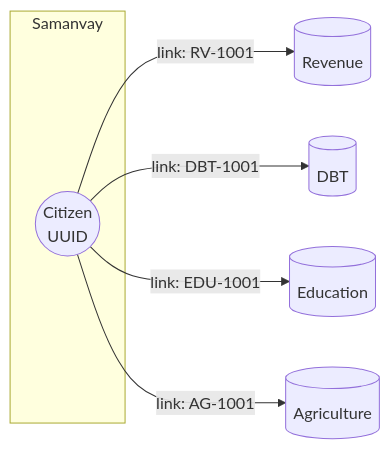
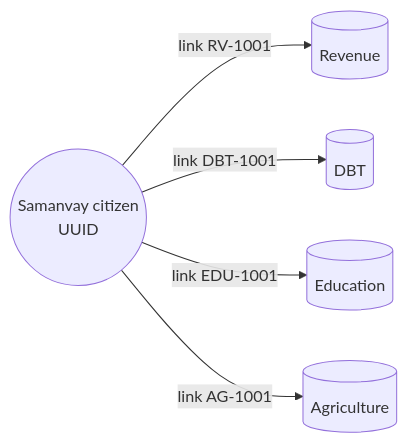
Before and after one commit to himanshu2394i/samanvay: the third of 6 diagrams in README.md, drawn with Mermaid. The commit also changed other lines of this file, not shown here.

Commit message:
README: focus on department portal assumptions, protocol security, citizen linking, onboarding, journeys dashboard and edges handled

````diff
--- a/README.md
+++ b/README.md
@@ -171,10 +206,7 @@
 ```mermaid
 flowchart LR
-  subgraph Samanvay
-    CZ((Citizen<br/>UUID))
-  end
-  CZ -- "link: RV-1001" --> RV[(Revenue)]
-  CZ -- "link: DBT-1001" --> DB[(DBT)]
-  CZ -- "link: EDU-1001" --> ED[(Education)]
-  CZ -- "link: AG-1001" --> AG[(Agriculture)]
+  CZ((Samanvay citizen<br/>UUID)) -- "link RV-1001" --> RV[(Revenue)]
+  CZ -- "link DBT-1001" --> DB[(DBT)]
+  CZ -- "link EDU-1001" --> ED[(Education)]
+  CZ -- "link AG-1001" --> AG[(Agriculture)]
 ```
````
